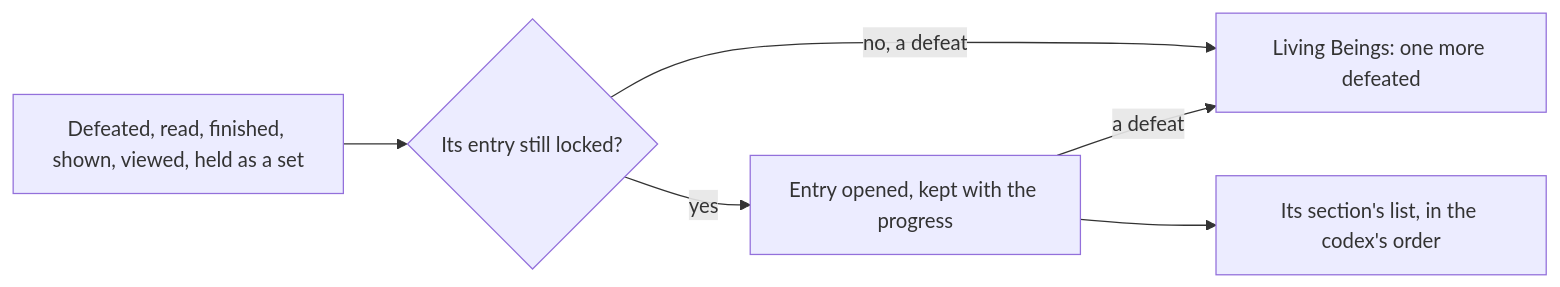
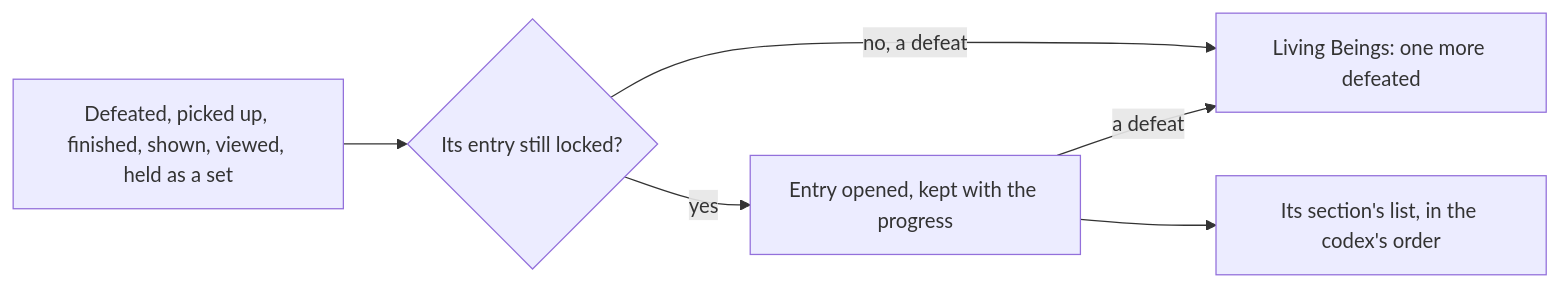
One commit to Esposter/Esposter changed the diagram in apps/web/content/docs/proposals/genshin/archive.md. Above: the diagram before and after it, drawn with Mermaid. The commit also changed other lines of this file, not shown here.

Commit message:
docs(genshin): the archive proposal opens a book's entry when the volume is picked up, as pickUpWorldDrop does
Answers: 4235309680

````diff
--- a/apps/web/content/docs/proposals/genshin/archive.md
+++ b/apps/web/content/docs/proposals/genshin/archive.md
@@ -22,8 +22,8 @@
 ```mermaid
 flowchart LR
-  DOING["Defeated, read, finished, shown, viewed, held as a set"] --> FIRST{"Its entry still locked?"}
+  DOING["Defeated, picked up, finished, shown, viewed, held as a set"] --> FIRST{"Its entry still locked?"}
   FIRST -->|"yes"| OPEN["Entry opened, kept with the progress"]
   FIRST -->|"no, a defeat"| COUNT["Living Beings: one more defeated"]
   OPEN -->|"a defeat"| COUNT
   OPEN --> SECTION["Its section's list, in the codex's order"]
 ```
````
